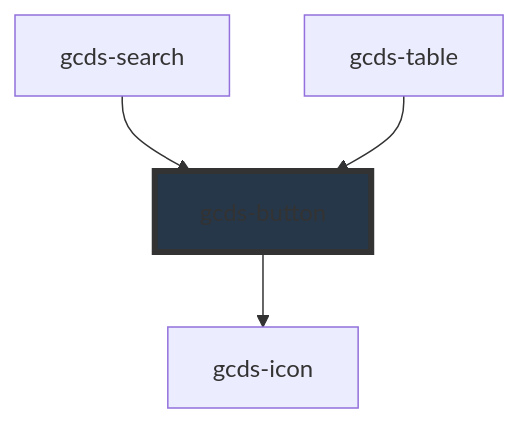
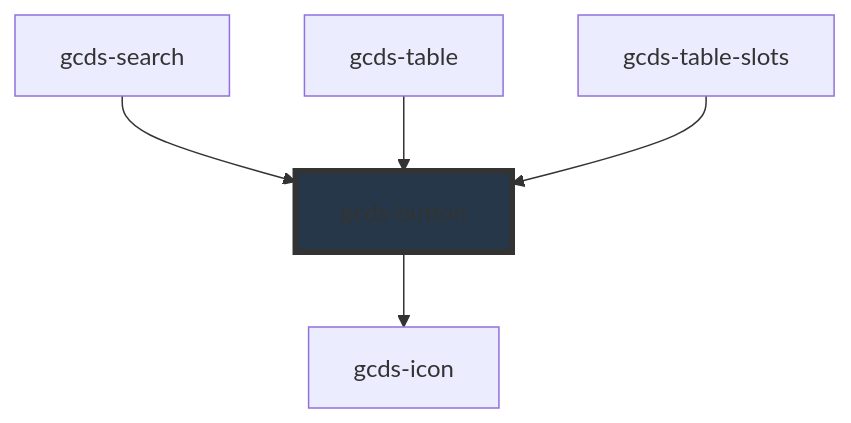
One commit to cds-snc/gcds-components changed the diagram in packages/web/src/components/gcds-button/readme.md. Above: the diagram before and after it, drawn with Mermaid. The commit also changed other lines of this file and 29 other files, not shown here.

Commit message:
Add gcds-table-slots for testing use of slots

````diff
--- a/packages/web/src/components/gcds-button/readme.md
+++ b/packages/web/src/components/gcds-button/readme.md
@@ -55,7 +56,8 @@
 ```mermaid
 graph TD;
   gcds-button --> gcds-icon
   gcds-search --> gcds-button
   gcds-table --> gcds-button
+  gcds-table-slots --> gcds-button
   style gcds-button fill:#26374a,stroke:#333,stroke-width:4px
 ```
````
